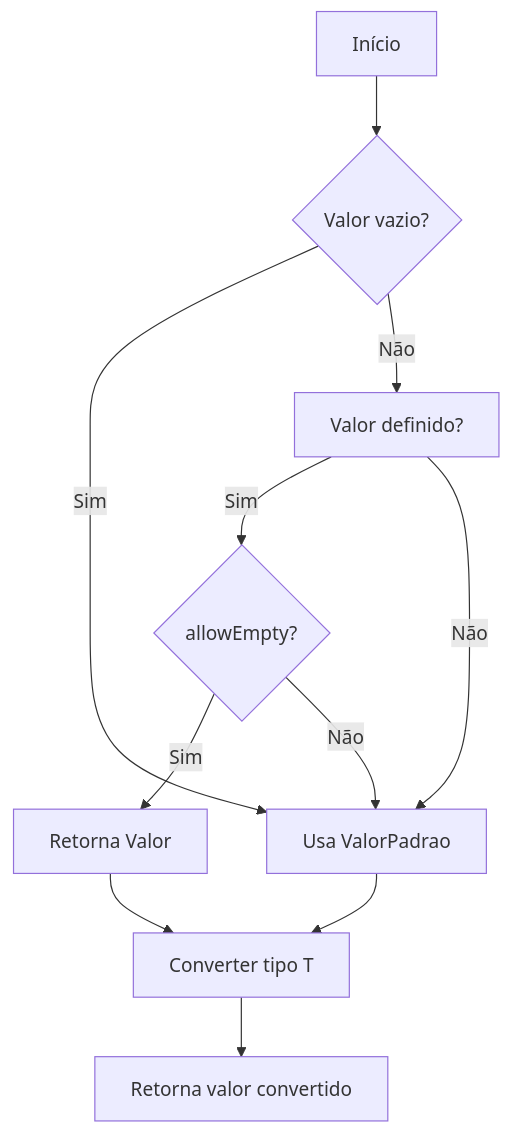
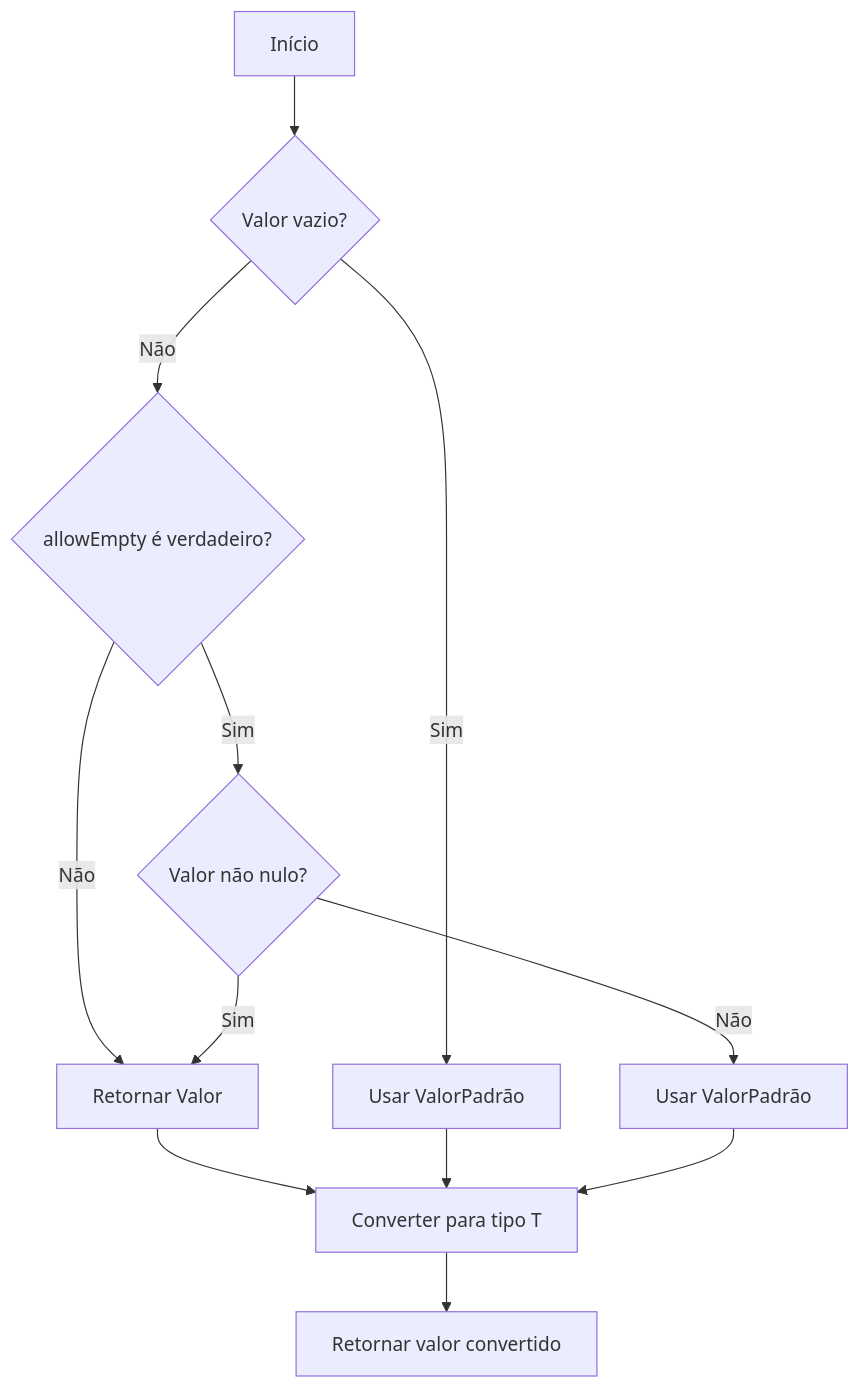
One commit to IsthmusSistemas/documentacao-tecnica changed the first of 2 diagrams in docs/b2b-dominio/IsthmusWinthor.Nucleo/IsthmusWinthor.Dominio/POCO/ConfiguracaoDistribuidora.md. Above: the diagram before and after it, drawn with Mermaid. The commit also changed other lines of this file and 882 other files, not shown here.

````diff
--- a/docs/b2b-dominio/IsthmusWinthor.Nucleo/IsthmusWinthor.Dominio/POCO/ConfiguracaoDistribuidora.md
+++ b/docs/b2b-dominio/IsthmusWinthor.Nucleo/IsthmusWinthor.Dominio/POCO/ConfiguracaoDistribuidora.md
@@ -19,13 +20,15 @@
 ```mermaid
 flowchart TD
     A[Início] --> B{Valor vazio?}
-    B -- Sim --> C[Usa ValorPadrao]
-    B -- Não --> D[Valor definido?]
-    D -- Sim --> E{allowEmpty?}
-    E -- Sim --> F[Retorna Valor]
-    E -- Não --> C
-    D -- Não --> C
-    F --> G[Converter tipo T]
-    C --> G
-    G --> H[Retorna valor convertido]
+    B -- Sim --> C[Usar ValorPadrão]
+    B -- Não --> D{allowEmpty é verdadeiro?}
+    D -- Sim --> E{Valor não nulo?}
+    D -- Não --> F[Retornar Valor]
+    E -- Sim --> F
+    E -- Não --> G[Usar ValorPadrão]
+    F --> H[Converter para tipo T]
+    H --> I[Retornar valor convertido]
+    C --> H
+    G --> H
+    
 ```
````
